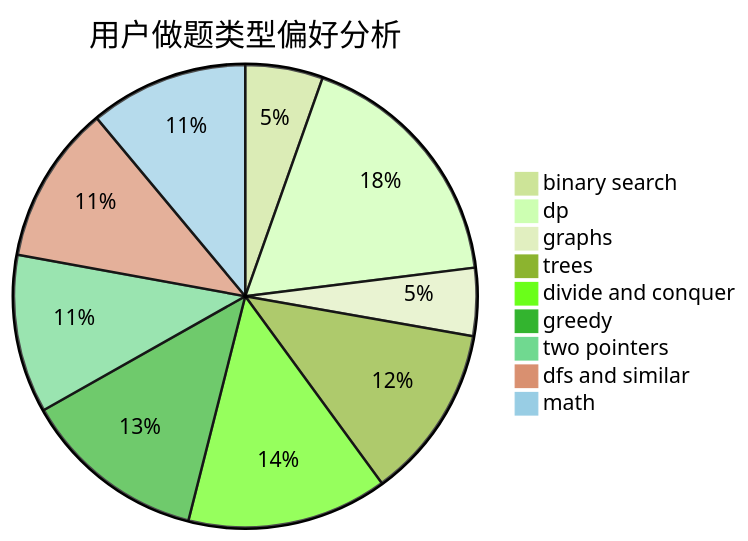
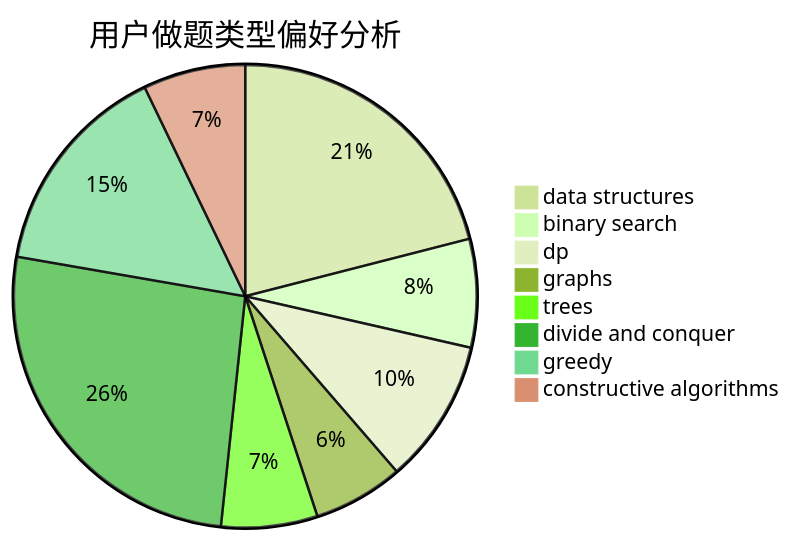
Before and after one commit to sherpahu/cfrs.github.io: the second of 3 diagrams in docs/user/u1223.md, drawn with Mermaid (forest theme). The commit also changed other lines of this file and 2775 other files, not shown here.

````diff
--- a/docs/user/u1223.md
+++ b/docs/user/u1223.md
@@ -23,12 +23,11 @@
 ```mermaid
 pie title 用户做题类型偏好分析
-    "binary search" :  24
-    "dp" :  78
-    "graphs" :  21
-    "trees" :  54
+    "data structures" :  50
+    "binary search" :  18
+    "dp" :  24
+    "graphs" :  15
+    "trees" :  16
     "divide and conquer" :  62
-    "greedy" :  57
-    "two pointers" :  49
-    "dfs and similar" :  49
-    "math" :  49
+    "greedy" :  36
+    "constructive algorithms" :  17
 ```
````
